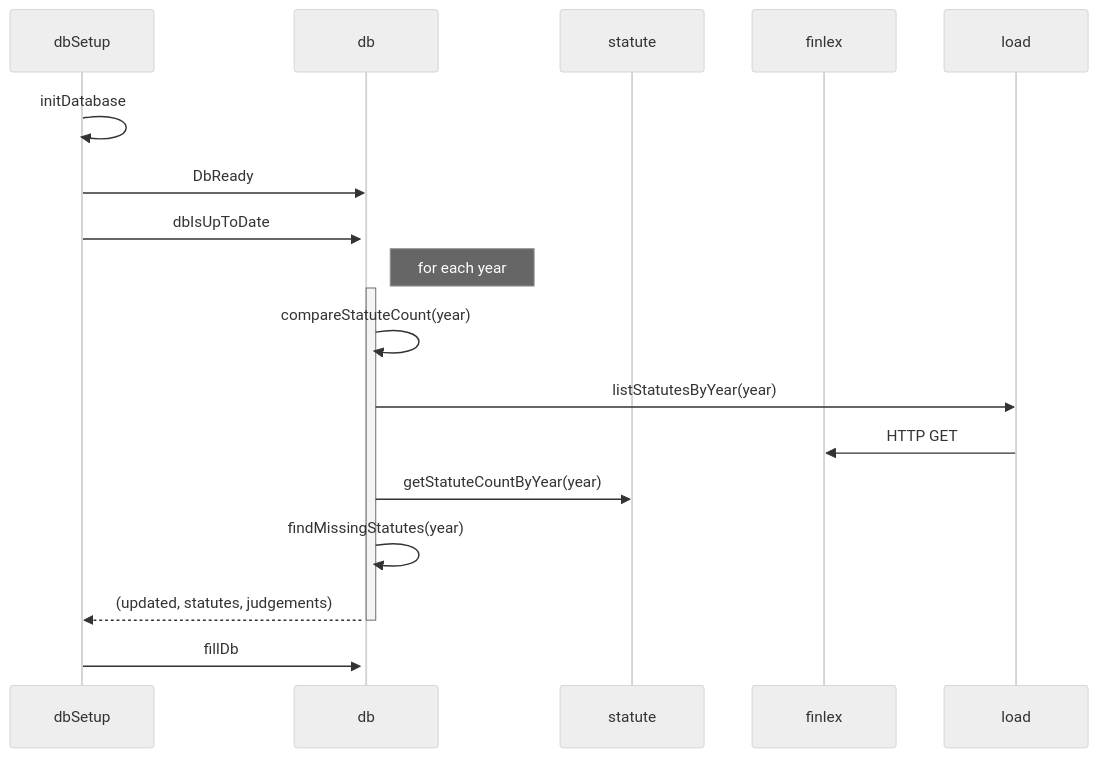
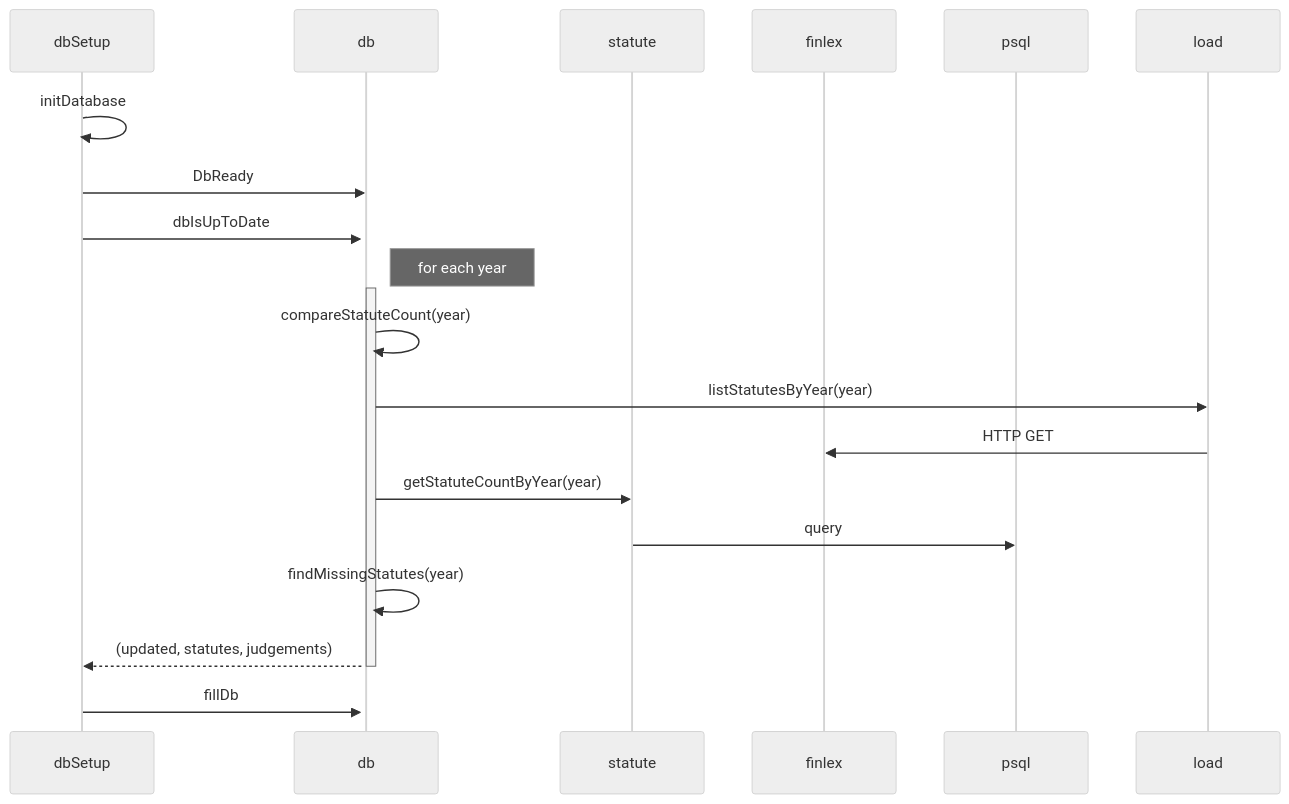
Before and after one commit to mluukkai/poc: the first of 3 diagrams in README.md, drawn with Mermaid (neutral theme).

Commit message:
Add psql participant to sequence diagram in README

````diff
--- a/README.md
+++ b/README.md
@@ -1,21 +1,23 @@
 ```mermaid
 sequenceDiagram
   participant dbSetup
   participant db
   participant statute
   participant finlex
+  participant psql
 
   dbSetup ->> dbSetup: initDatabase
   dbSetup ->> db: DbReady
   dbSetup ->>+ db: dbIsUpToDate
   Note right of db: for each year
   activate db
   db ->> db: compareStatuteCount(year)
   db ->> load: listStatutesByYear(year)
   load ->> finlex: HTTP GET
   db ->> statute: getStatuteCountByYear(year)
+  statute ->> psql: query
   db ->> db: findMissingStatutes(year)
   db -->> dbSetup: (updated, statutes, judgements)
   deactivate db
   dbSetup ->> db: fillDb
 ```
````
